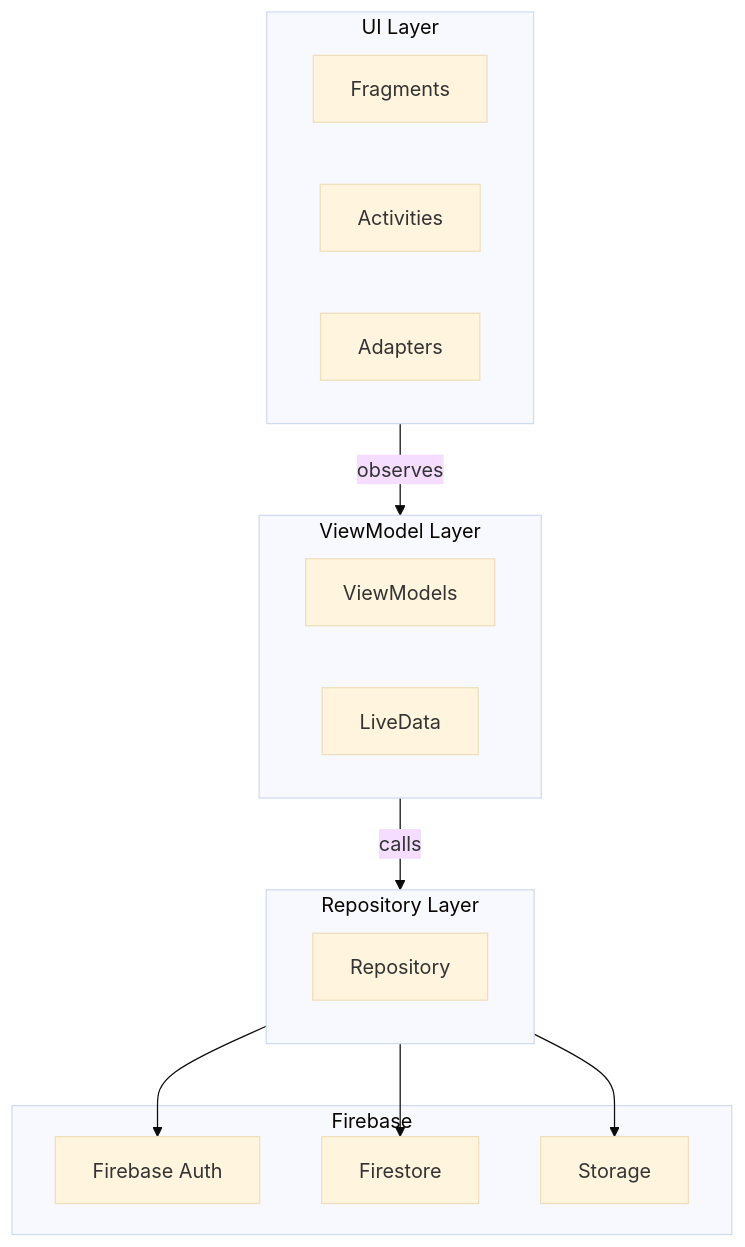
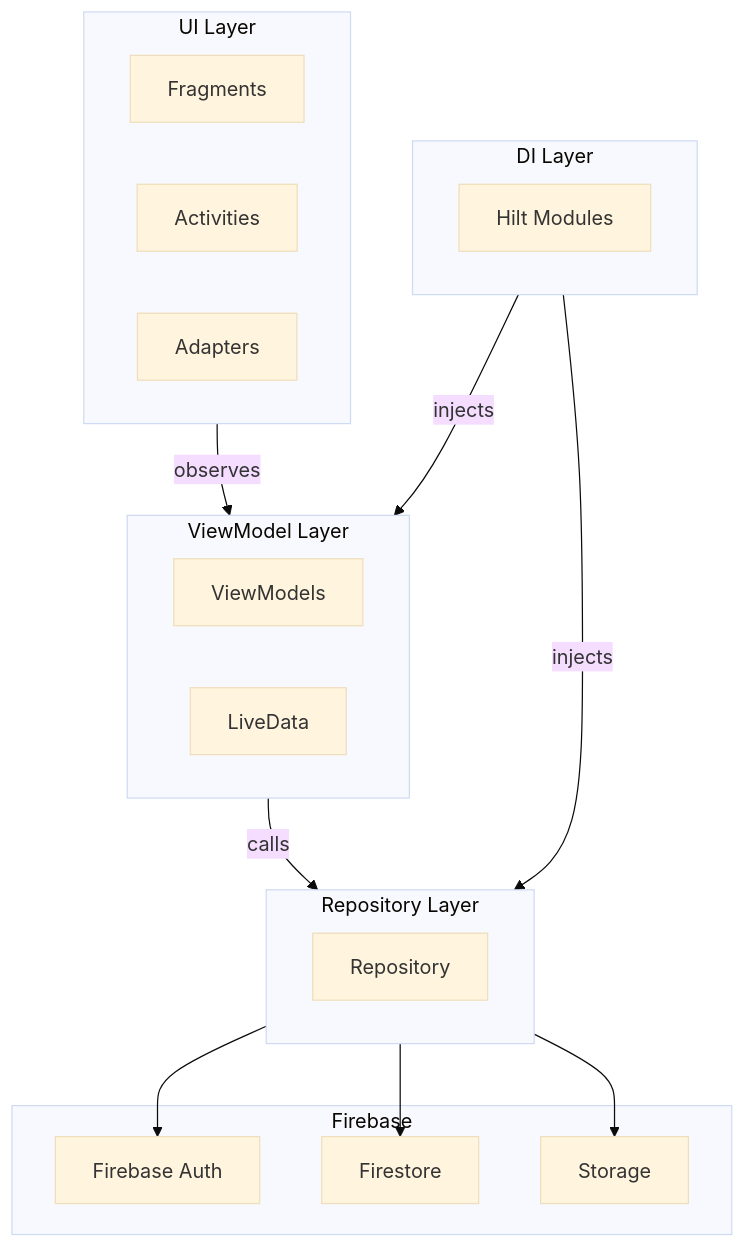
Before and after one commit to thing-mobile-app/.github: the first of 2 diagrams in profile/README.md, drawn with Mermaid (base theme). The commit also changed other lines of this file, not shown here.

````diff
--- a/profile/README.md
+++ b/profile/README.md
@@ -96,29 +96,30 @@
 ```mermaid
 flowchart TD
     subgraph UI["UI Layer"]
         F[Fragments]
         A[Activities]
         AD[Adapters]
     end
-
     subgraph VM["ViewModel Layer"]
         VML[ViewModels]
         LD[LiveData]
     end
-
     subgraph REPO["Repository Layer"]
         R[Repository]
     end
-
+    subgraph DI["DI Layer"]
+        H[Hilt Modules]
+    end
     subgraph FIREBASE["Firebase"]
         AUTH[Firebase Auth]
         FS[Firestore]
         ST[Storage]
     end
-
     UI -->|observes| VM
     VM -->|calls| REPO
     REPO --> AUTH
     REPO --> FS
     REPO --> ST
+    DI -->|injects| VM
+    DI -->|injects| REPO
 ```
````
